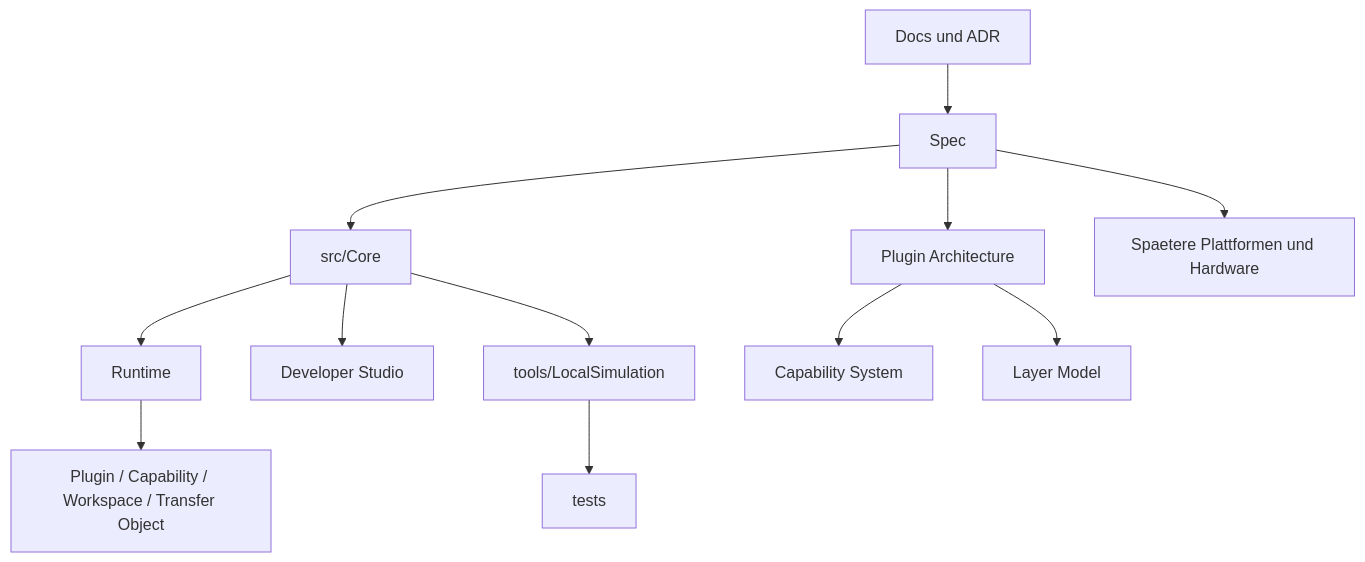
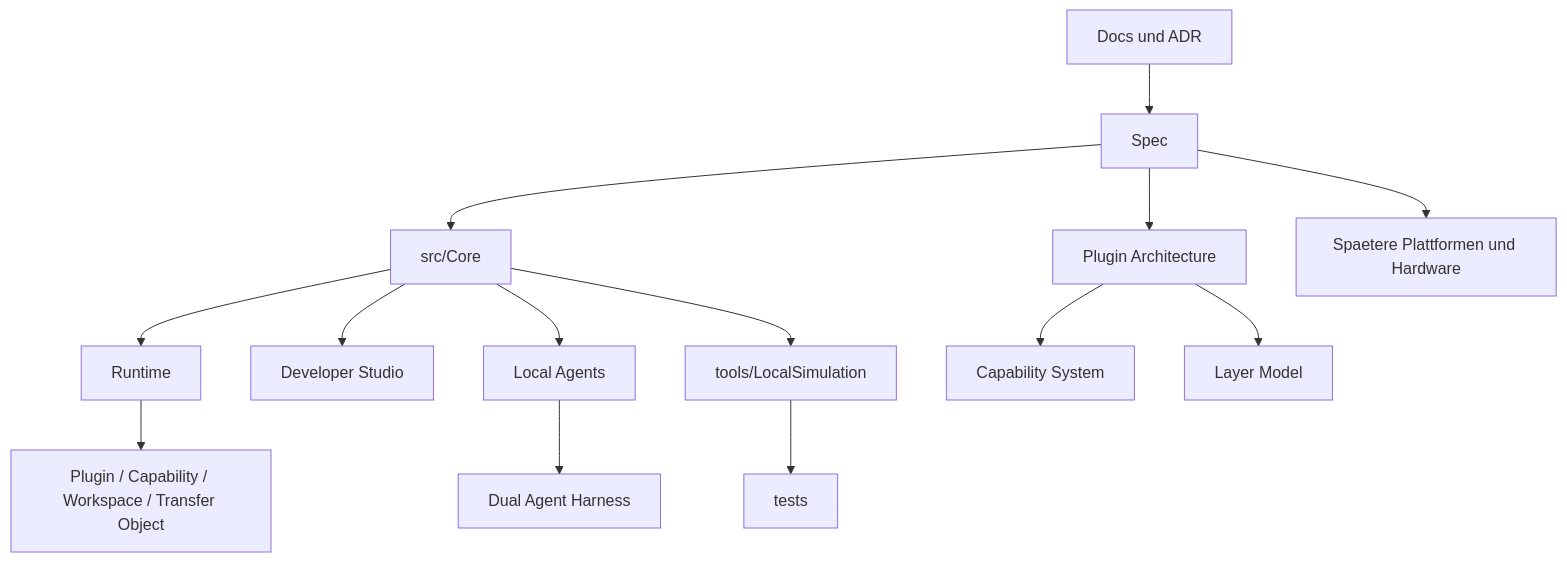
One commit to rk-engineeringAToutlook-de/RKWorkspace changed the diagram in README.md. Above: the diagram before and after it, drawn with Mermaid. The commit also changed other lines of this file and 20 other files, not shown here.

Commit message:
feat(agent): add dual local agent simulation

````diff
--- a/README.md
+++ b/README.md
@@ -57,14 +58,16 @@
 ```mermaid
 flowchart TB
     Docs["Docs und ADR"] --> Spec["Spec"]
     Spec --> Core["src/Core"]
     Core --> Runtime["Runtime"]
     Runtime --> Managers["Plugin / Capability / Workspace / Transfer Object"]
     Spec --> Plugins["Plugin Architecture"]
     Plugins --> Capabilities["Capability System"]
     Plugins --> Layers["Layer Model"]
     Core --> Studio["Developer Studio"]
+    Core --> Agents["Local Agents"]
+    Agents --> Harness["Dual Agent Harness"]
     Core --> Simulation["tools/LocalSimulation"]
     Simulation --> Tests["tests"]
     Spec --> Future["Spaetere Plattformen und Hardware"]
 ```
````
